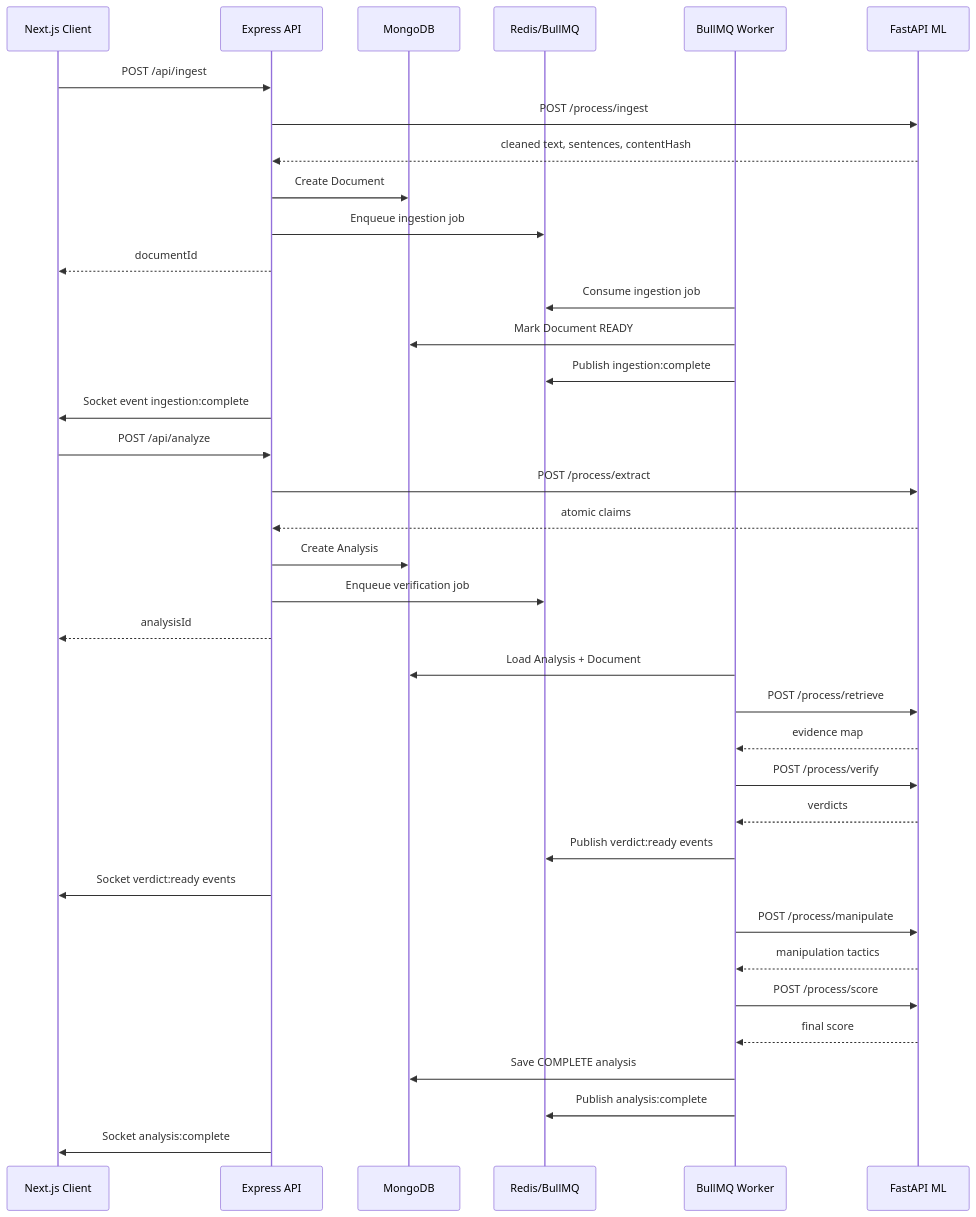
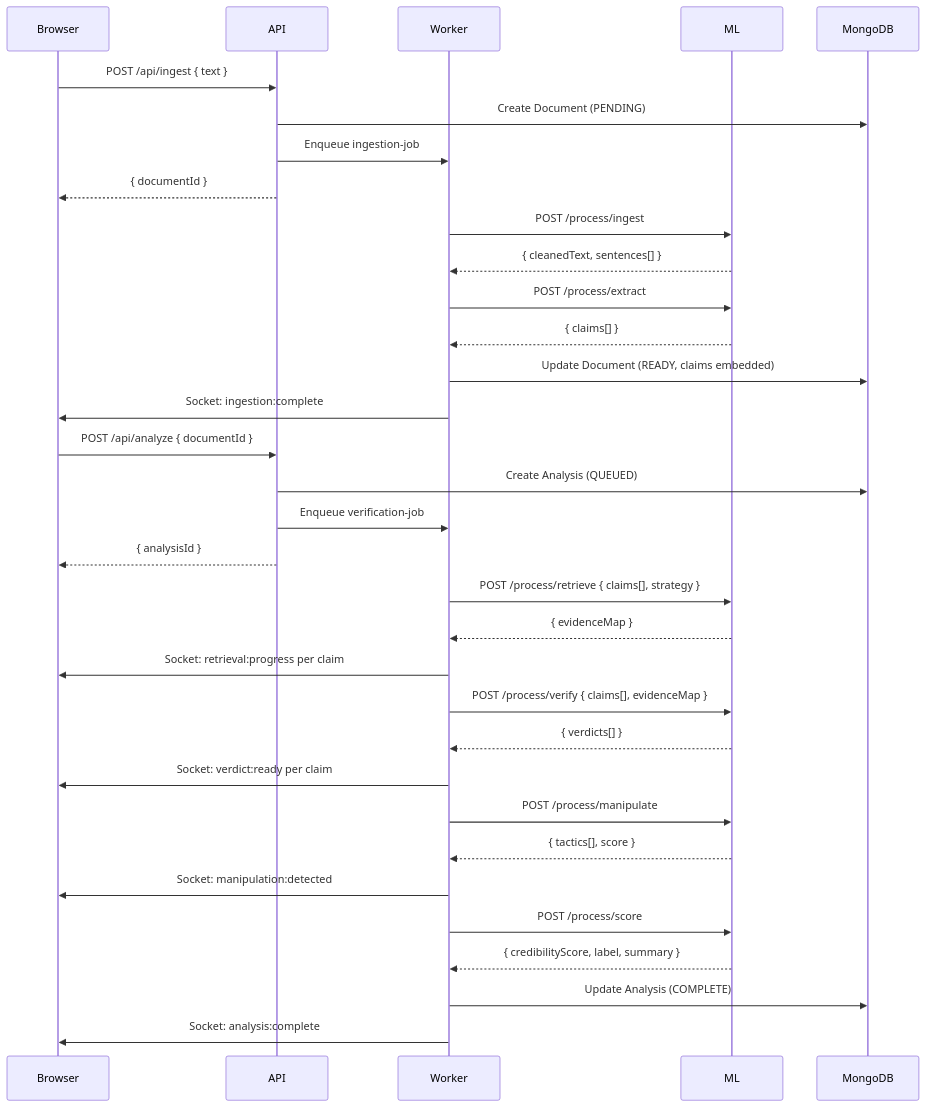
Before and after one commit to DevaanshKathuria/Veridex: the first of 3 diagrams in docs/architecture.md, drawn with Mermaid. The commit also changed 15 other files, not shown here.

First line of the commit message:
Add Postman collection for Veridex API and update architecture documentation

````diff
--- a/docs/architecture.md
+++ b/docs/architecture.md
@@ -7,42 +7,42 @@
 ```mermaid
 sequenceDiagram
-  participant Client as Next.js Client
-  participant API as Express API
-  participant Mongo as MongoDB
-  participant Redis as Redis/BullMQ
-  participant Worker as BullMQ Worker
-  participant ML as FastAPI ML
+  participant Browser
+  participant API
+  participant Worker
+  participant ML
+  participant DB as MongoDB
 
-  Client->>API: POST /api/ingest
-  API->>ML: POST /process/ingest
-  ML-->>API: cleaned text, sentences, contentHash
-  API->>Mongo: Create Document
-  API->>Redis: Enqueue ingestion job
-  API-->>Client: documentId
-  Worker->>Redis: Consume ingestion job
-  Worker->>Mongo: Mark Document READY
-  Worker->>Redis: Publish ingestion:complete
-  API->>Client: Socket event ingestion:complete
-
-  Client->>API: POST /api/analyze
-  API->>ML: POST /process/extract
-  ML-->>API: atomic claims
-  API->>Mongo: Create Analysis
-  API->>Redis: Enqueue verification job
-  API-->>Client: analysisId
-
-  Worker->>Mongo: Load Analysis + Document
-  Worker->>ML: POST /process/retrieve
-  ML-->>Worker: evidence map
-  Worker->>ML: POST /process/verify
-  ML-->>Worker: verdicts
-  Worker->>Redis: Publish verdict:ready events
-  API->>Client: Socket verdict:ready events
+  Browser->>API: POST /api/ingest { text }
+  API->>DB: Create Document (PENDING)
+  API->>Worker: Enqueue ingestion-job
+  API-->>Browser: { documentId }
+  
+  Worker->>ML: POST /process/ingest
+  ML-->>Worker: { cleanedText, sentences[] }
+  Worker->>ML: POST /process/extract
+  ML-->>Worker: { claims[] }
+  Worker->>DB: Update Document (READY, claims embedded)
+  Worker->>Browser: Socket: ingestion:complete
+  
+  Browser->>API: POST /api/analyze { documentId }
+  API->>DB: Create Analysis (QUEUED)
+  API->>Worker: Enqueue verification-job
+  API-->>Browser: { analysisId }
+  
+  Worker->>ML: POST /process/retrieve { claims[], strategy }
+  ML-->>Worker: { evidenceMap }
+  Worker->>Browser: Socket: retrieval:progress per claim
+  
+  Worker->>ML: POST /process/verify { claims[], evidenceMap }
+  ML-->>Worker: { verdicts[] }
+  Worker->>Browser: Socket: verdict:ready per claim
+  
   Worker->>ML: POST /process/manipulate
-  ML-->>Worker: manipulation tactics
+  ML-->>Worker: { tactics[], score }
+  Worker->>Browser: Socket: manipulation:detected
+  
   Worker->>ML: POST /process/score
-  ML-->>Worker: final score
-  Worker->>Mongo: Save COMPLETE analysis
-  Worker->>Redis: Publish analysis:complete
-  API->>Client: Socket analysis:complete
+  ML-->>Worker: { credibilityScore, label, summary }
+  Worker->>DB: Update Analysis (COMPLETE)
+  Worker->>Browser: Socket: analysis:complete
 ```
````
